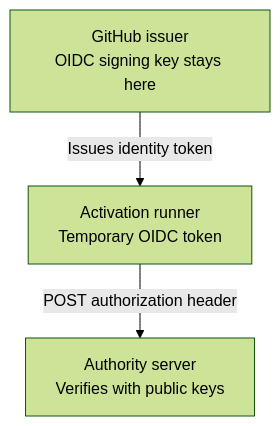
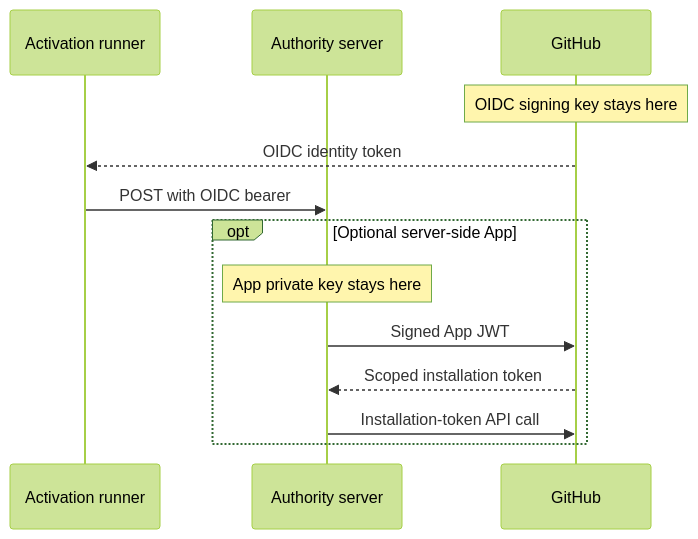
The third of 5 diagrams in docs/src/content/docs/specs/admission-service-specification.md (githubnext/gh-aw), drawn with Mermaid (forest theme) before and after one commit. The commit also changed other lines of this file, not shown here.

First line of the commit message:
docs: simplify admission specification diagrams

````diff
--- a/docs/src/content/docs/specs/admission-service-specification.md
+++ b/docs/src/content/docs/specs/admission-service-specification.md
@@ -193,8 +201,16 @@
 ```mermaid
-flowchart TD
-    G["GitHub issuer<br/>OIDC signing key stays here"]
-    R["Activation runner<br/>Temporary OIDC token"]
-    S["Authority server<br/>Verifies with public keys"]
-    G -->|"Issues identity token"| R
-    R -->|"POST authorization header"| S
+sequenceDiagram
+    participant R as Activation runner
+    participant A as Authority server
+    participant G as GitHub
+
+    Note over G: OIDC signing key stays here
+    G-->>R: OIDC identity token
+    R->>A: POST with OIDC bearer
+    opt Optional server-side App
+        Note over A: App private key stays here
+        A->>G: Signed App JWT
+        G-->>A: Scoped installation token
+        A->>G: Installation-token API call
+    end
 ```
````
